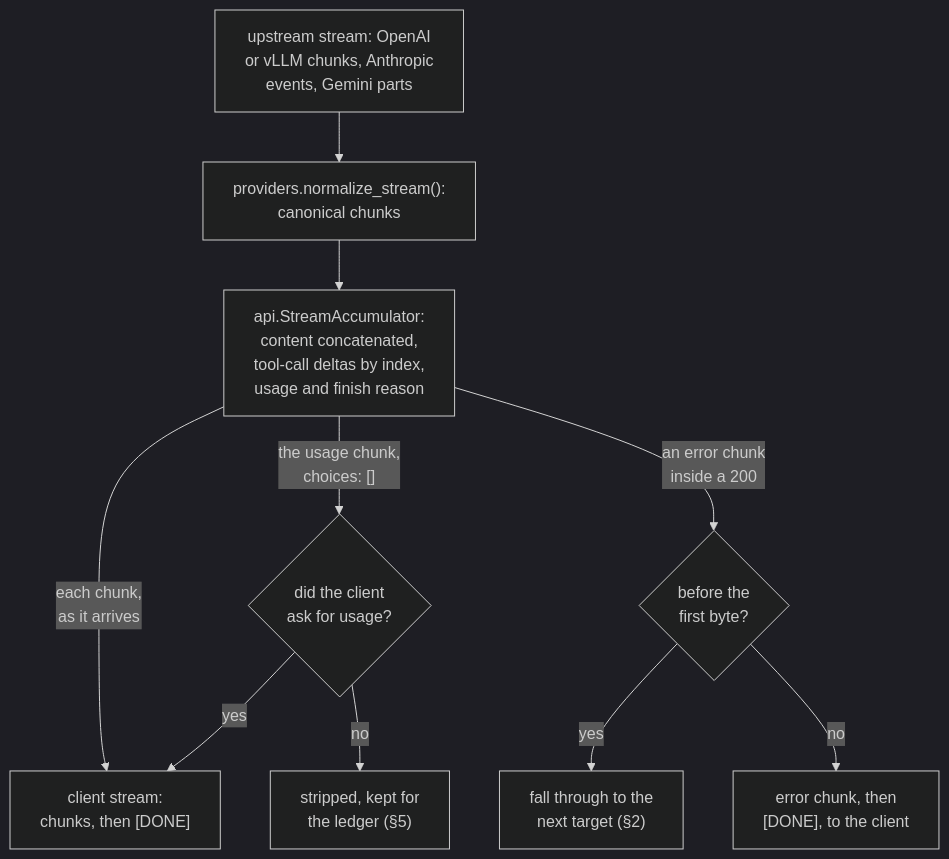
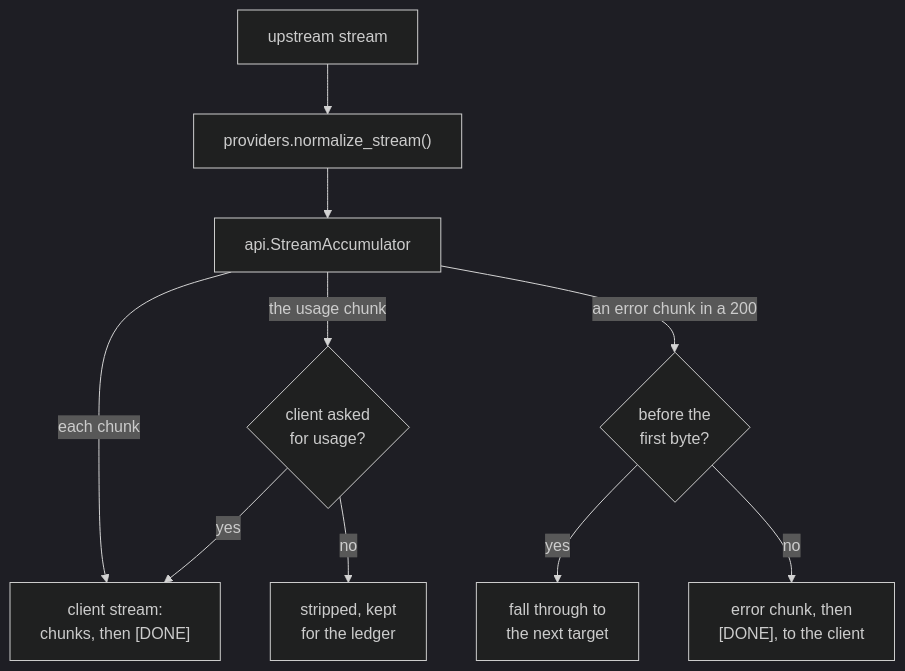
Before and after one commit to aniryou/full-stack-agentic-engineer: the second of 9 diagrams in 06-gateway/llm-gateway/PRIMER.md, drawn with Mermaid (dark theme). The commit also changed other lines of this file and 633 other files, not shown here.

First line of the commit message:
Accessible language and one-screen figures, part 1: every figure fits a screen, the STE second pass over the layers (#53)

````diff
--- a/06-gateway/llm-gateway/PRIMER.md
+++ b/06-gateway/llm-gateway/PRIMER.md
@@ -175,12 +177,12 @@
 ```mermaid
 flowchart TB
-    UP["upstream stream: OpenAI<br/>or vLLM chunks, Anthropic<br/>events, Gemini parts"] --> N["providers.normalize_stream():<br/>canonical chunks"]
-    N --> ACC["api.StreamAccumulator:<br/>content concatenated,<br/>tool-call deltas by index,<br/>usage and finish reason"]
-    ACC -- "each chunk,<br/>as it arrives" --> CL["client stream:<br/>chunks, then [DONE]"]
-    ACC -- "the usage chunk,<br/>choices: []" --> ASK{"did the client<br/>ask for usage?"}
+    UP["upstream stream"] --> N["providers.normalize_stream()"]
+    N --> ACC["api.StreamAccumulator"]
+    ACC -- "each chunk" --> CL["client stream:<br/>chunks, then [DONE]"]
+    ACC -- "the usage chunk" --> ASK{"client asked<br/>for usage?"}
     ASK -- "yes" --> CL
-    ASK -- "no" --> STRIP["stripped, kept for<br/>the ledger (§5)"]
-    ACC -- "an error chunk<br/>inside a 200" --> FB{"before the<br/>first byte?"}
-    FB -- "yes" --> FT["fall through to the<br/>next target (§2)"]
+    ASK -- "no" --> STRIP["stripped, kept<br/>for the ledger"]
+    ACC -- "an error chunk in a 200" --> FB{"before the<br/>first byte?"}
+    FB -- "yes" --> FT["fall through to<br/>the next target"]
     FB -- "no" --> EC["error chunk, then<br/>[DONE], to the client"]
 ```
````
